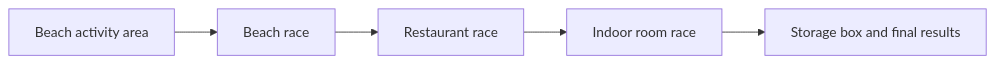
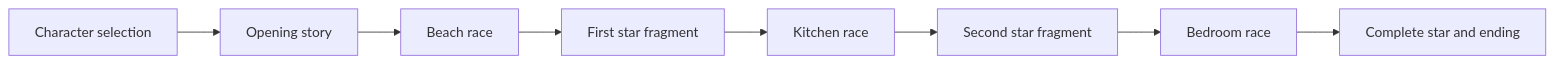
Before and after one commit to ppxjing/Pony-Parkour: the diagram in README.md, drawn with Mermaid. The commit also changed other lines of this file, not shown here.

````diff
--- a/README.md
+++ b/README.md
@@ -61,7 +64,10 @@
 ```mermaid
 flowchart LR
-    A[Beach activity area] --> B[Beach race]
-    B --> C[Restaurant race]
-    C --> D[Indoor room race]
-    D --> E[Storage box and final results]
+    A[Character selection] --> B[Opening story]
+    B --> C[Beach race]
+    C --> D[First star fragment]
+    D --> E[Kitchen race]
+    E --> F[Second star fragment]
+    F --> G[Bedroom race]
+    G --> H[Complete star and ending]
 ```
````
